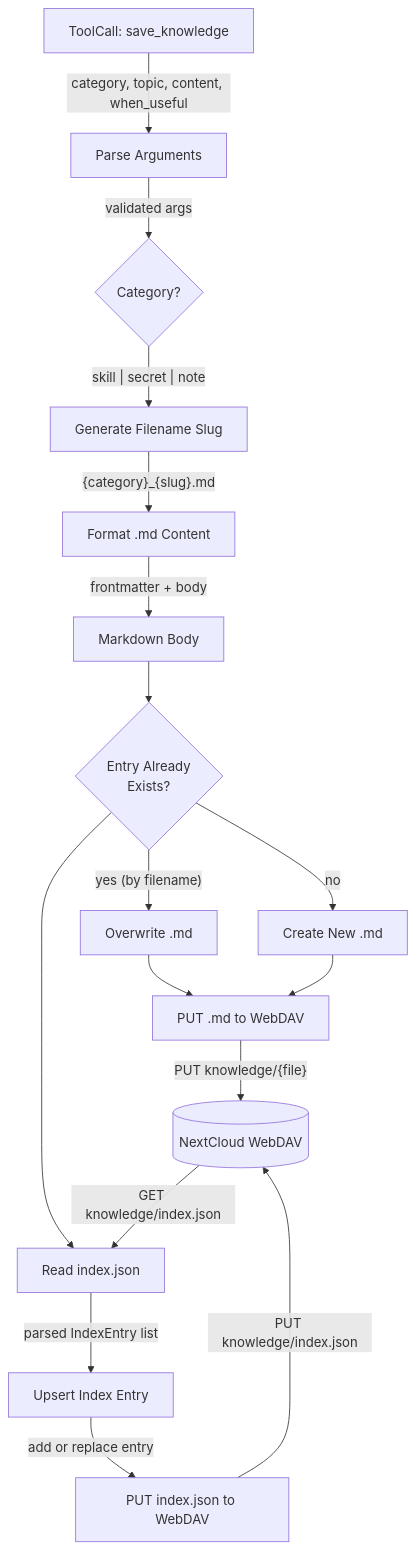
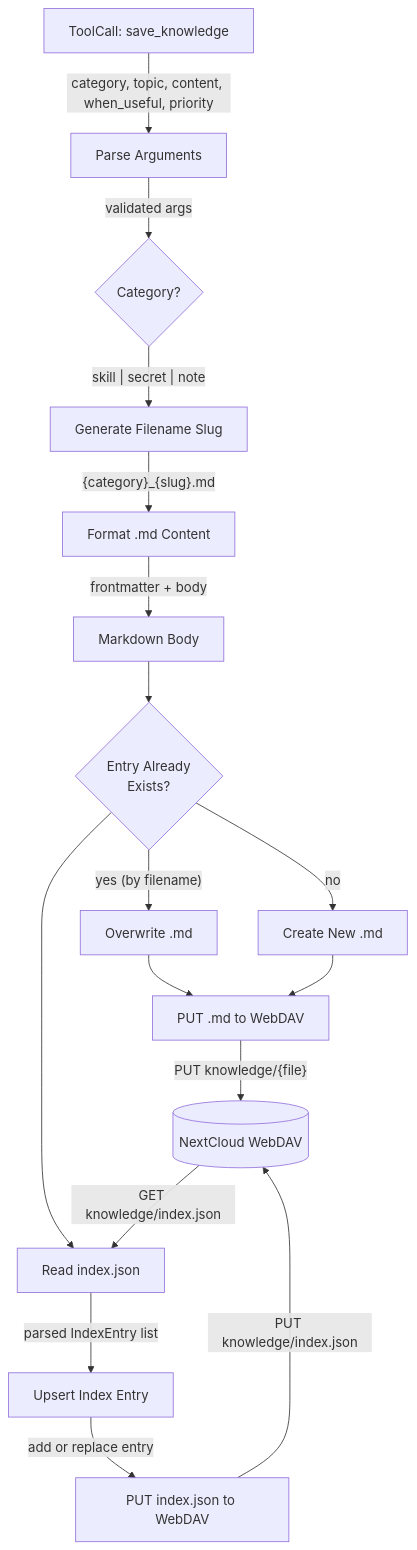
One commit to cosmoswafer/rockbot changed the fourth of 5 diagrams in _dfds/base/knowledge.md. Above: the diagram before and after it, drawn with Mermaid. The commit also changed other lines of this file and 3 other files, not shown here.

````diff
--- a/_dfds/base/knowledge.md
+++ b/_dfds/base/knowledge.md
@@ -140,34 +140,34 @@
 ```mermaid
 flowchart TD
     CALL[ToolCall: save_knowledge]
     PARSE[Parse Arguments]
     CATEGORY{Category?}
     SLUG[Generate Filename Slug]
     FORMAT[Format .md Content]
     MD_BODY[Markdown Body]
     EXISTING{Entry Already<br/>Exists?}
     OVERWRITE[Overwrite .md]
     NEW_FILE[Create New .md]
     READ_IDX[Read index.json]
     UPSERT[Upsert Index Entry]
     PUT_MD[PUT .md to WebDAV]
     PUT_IDX[PUT index.json to WebDAV]
     DAV[(NextCloud WebDAV)]
 
-    CALL -->|"category, topic, content, when_useful"| PARSE
+    CALL -->|"category, topic, content, when_useful, priority"| PARSE
     PARSE -->|"validated args"| CATEGORY
     CATEGORY -->|"skill | secret | note"| SLUG
     SLUG -->|"{category}_{slug}.md"| FORMAT
     FORMAT -->|"frontmatter + body"| MD_BODY
     MD_BODY --> EXISTING
     EXISTING -->|"yes (by filename)"| OVERWRITE
     EXISTING -->|"no"| NEW_FILE
     OVERWRITE --> PUT_MD
     NEW_FILE --> PUT_MD
     PUT_MD -->|"PUT knowledge/{file}"| DAV
     EXISTING --> READ_IDX
     DAV -->|"GET knowledge/index.json"| READ_IDX
     READ_IDX -->|"parsed IndexEntry list"| UPSERT
     UPSERT -->|"add or replace entry"| PUT_IDX
     PUT_IDX -->|"PUT knowledge/index.json"| DAV
 ```
````
